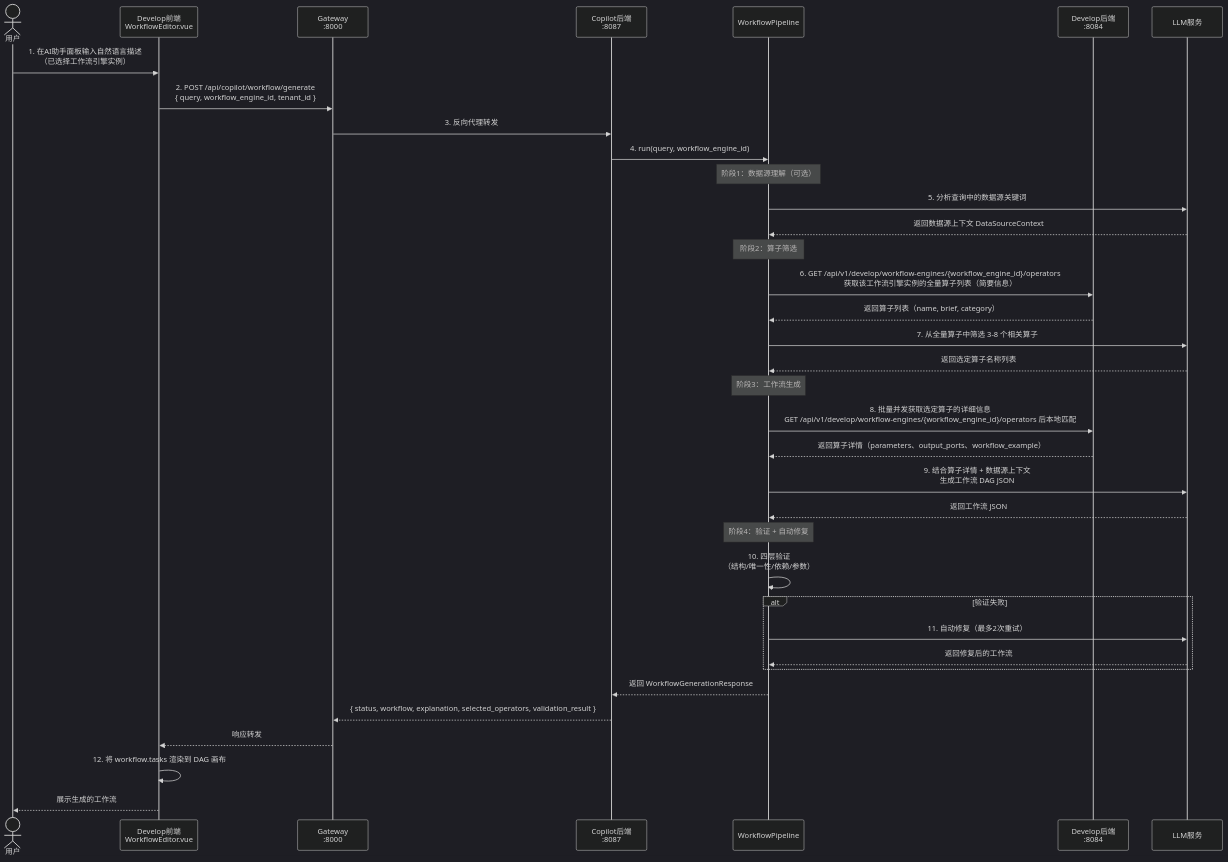
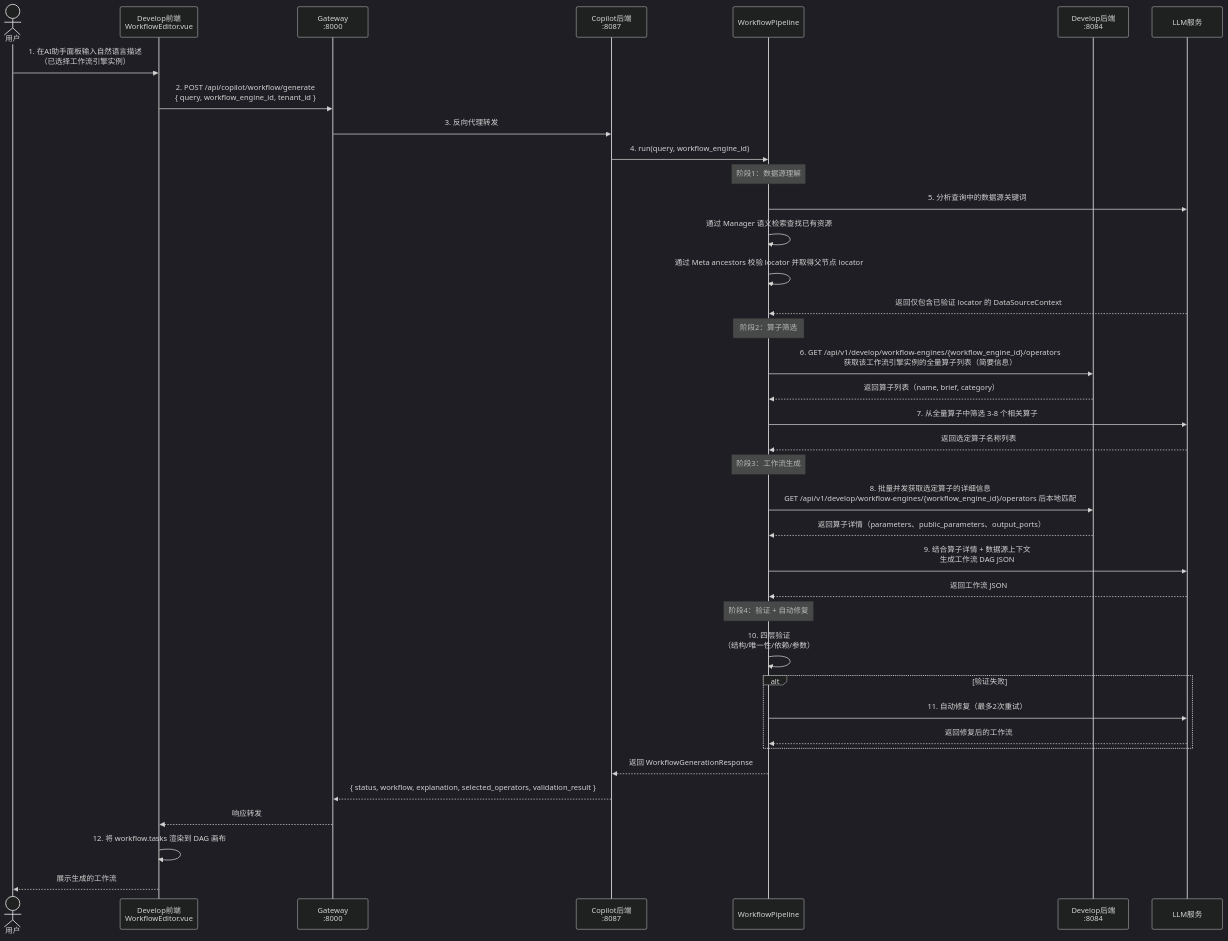
Before and after one commit to pampa0629/addp: the first of 3 diagrams in copilot/docs/copilot-develop-调用关系说明.md, drawn with Mermaid (dark theme). The commit also changed other lines of this file and 84 other files, not shown here.

````diff
--- a/copilot/docs/copilot-develop-调用关系说明.md
+++ b/copilot/docs/copilot-develop-调用关系说明.md
@@ -31,44 +31,46 @@
 ```mermaid
 sequenceDiagram
     actor User as 用户
     participant FE as Develop前端<br/>WorkflowEditor.vue
     participant GW as Gateway<br/>:8000
     participant Copilot as Copilot后端<br/>:8087
     participant Pipeline as WorkflowPipeline
     participant DevBE as Develop后端<br/>:8084
     participant LLM as LLM服务
 
     User->>FE: 1. 在AI助手面板输入自然语言描述<br/>（已选择工作流引擎实例）
     FE->>GW: 2. POST /api/copilot/workflow/generate<br/>{ query, workflow_engine_id, tenant_id }
     GW->>Copilot: 3. 反向代理转发
     Copilot->>Pipeline: 4. run(query, workflow_engine_id)
 
-    note over Pipeline: 阶段1：数据源理解（可选）
+    note over Pipeline: 阶段1：数据源理解
     Pipeline->>LLM: 5. 分析查询中的数据源关键词
-    LLM-->>Pipeline: 返回数据源上下文 DataSourceContext
+    Pipeline->>Pipeline: 通过 Manager 语义检索查找已有资源
+    Pipeline->>Pipeline: 通过 Meta ancestors 校验 locator 并取得父节点 locator
+    LLM-->>Pipeline: 返回仅包含已验证 locator 的 DataSourceContext
 
     note over Pipeline: 阶段2：算子筛选
     Pipeline->>DevBE: 6. GET /api/v1/develop/workflow-engines/{workflow_engine_id}/operators<br/>获取该工作流引擎实例的全量算子列表（简要信息）
     DevBE-->>Pipeline: 返回算子列表（name, brief, category）
     Pipeline->>LLM: 7. 从全量算子中筛选 3-8 个相关算子
     LLM-->>Pipeline: 返回选定算子名称列表
 
     note over Pipeline: 阶段3：工作流生成
     Pipeline->>DevBE: 8. 批量并发获取选定算子的详细信息<br/>GET /api/v1/develop/workflow-engines/{workflow_engine_id}/operators 后本地匹配
-    DevBE-->>Pipeline: 返回算子详情（parameters、output_ports、workflow_example）
+    DevBE-->>Pipeline: 返回算子详情（parameters、public_parameters、output_ports）
     Pipeline->>LLM: 9. 结合算子详情 + 数据源上下文<br/>生成工作流 DAG JSON
     LLM-->>Pipeline: 返回工作流 JSON
 
     note over Pipeline: 阶段4：验证 + 自动修复
     Pipeline->>Pipeline: 10. 四层验证<br/>（结构/唯一性/依赖/参数）
     alt 验证失败
         Pipeline->>LLM: 11. 自动修复（最多2次重试）
         LLM-->>Pipeline: 返回修复后的工作流
     end
 
     Pipeline-->>Copilot: 返回 WorkflowGenerationResponse
     Copilot-->>GW: { status, workflow, explanation, selected_operators, validation_result }
     GW-->>FE: 响应转发
     FE->>FE: 12. 将 workflow.tasks 渲染到 DAG 画布
     FE-->>User: 展示生成的工作流
 ```
````
